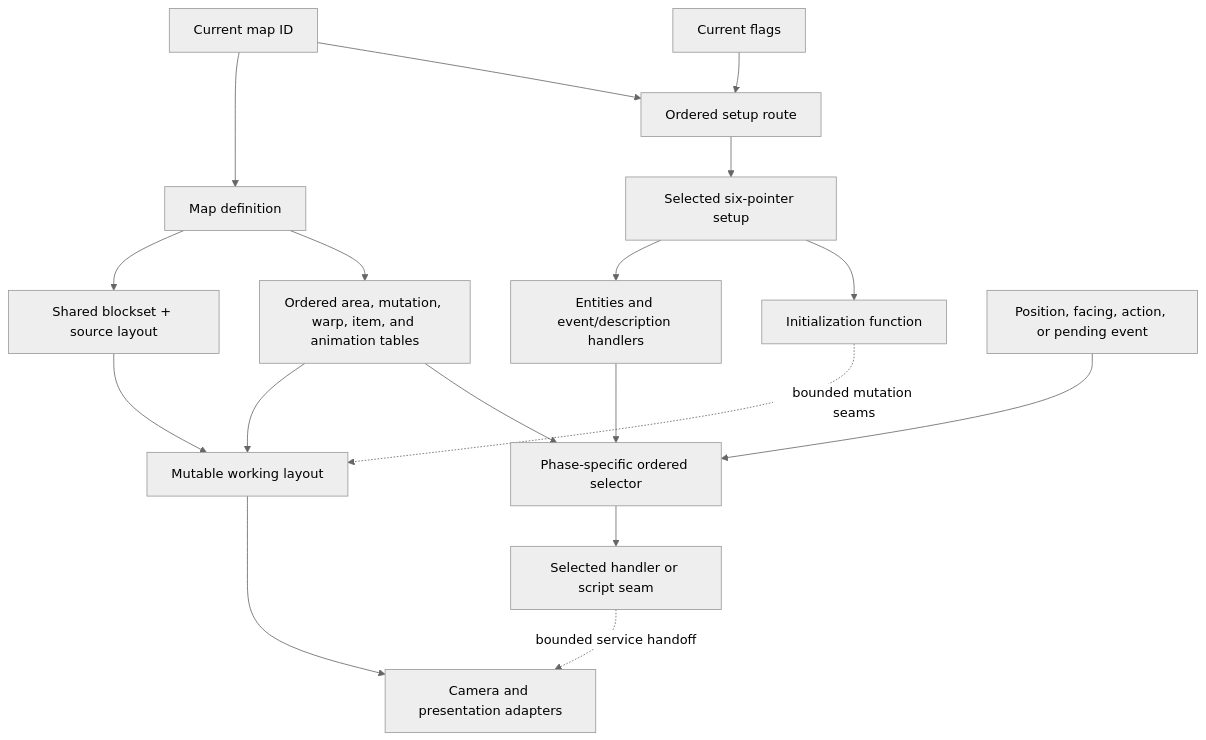
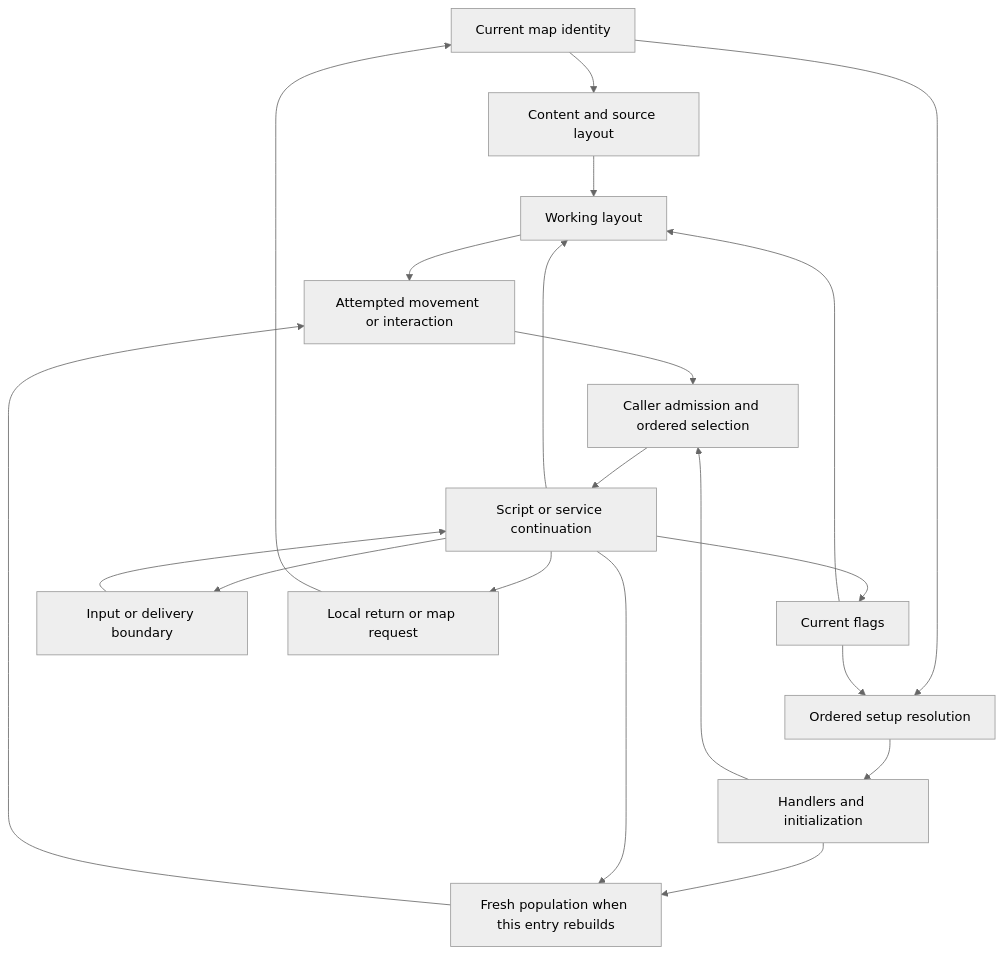
Before and after one commit to FrankHZ/md-sf2-reverse-engineering: the diagram in docs/design/synthesis/map-design-principles.md, drawn with Mermaid (neutral theme). The commit also changed other lines of this file, not shown here.

Commit message:
docs: connect exploration, interaction and world continuity (#1277)

````diff
--- a/docs/design/synthesis/map-design-principles.md
+++ b/docs/design/synthesis/map-design-principles.md
@@ -79,20 +176,22 @@
 ```mermaid
 flowchart TD
-    ID["Current map ID"] --> DEF["Map definition"]
-    DEF --> IMM["Shared blockset + source layout"]
-    DEF --> TABLES["Ordered area, mutation, warp, item, and animation tables"]
-    ID --> ROUTE["Ordered setup route"]
-    FLAGS["Current flags"] --> ROUTE
-    ROUTE --> SETUP["Selected six-pointer setup"]
-    SETUP --> ENT["Entities and event/description handlers"]
-    SETUP --> INIT["Initialization function"]
-    IMM --> WORK["Mutable working layout"]
-    TABLES --> WORK
-    INIT -. "bounded mutation seams" .-> WORK
-    INPUT["Position, facing, action, or pending event"] --> SELECT["Phase-specific ordered selector"]
-    TABLES --> SELECT
-    ENT --> SELECT
-    SELECT --> SCRIPT["Selected handler or script seam"]
-    WORK --> PRESENT["Camera and presentation adapters"]
-    SCRIPT -. "bounded service handoff" .-> PRESENT
+    ID[Current map identity] --> DEF[Content and source layout]
+    ID --> ROUTE[Ordered setup resolution]
+    FLAGS[Current flags] --> ROUTE
+    ROUTE --> SETUP[Handlers and initialization]
+    DEF --> WORK[Working layout]
+    FLAGS --> WORK
+    SETUP --> LIVE[Fresh population when this entry rebuilds]
+    LIVE --> ACTION[Attempted movement or interaction]
+    WORK --> ACTION
+    ACTION --> SELECT[Caller admission and ordered selection]
+    SETUP --> SELECT
+    SELECT --> PROGRAM[Script or service continuation]
+    PROGRAM --> FLAGS
+    PROGRAM --> LIVE
+    PROGRAM --> WORK
+    PROGRAM --> WAIT[Input or delivery boundary]
+    WAIT --> PROGRAM
+    PROGRAM --> RETURN[Local return or map request]
+    RETURN --> ID
 ```
````
